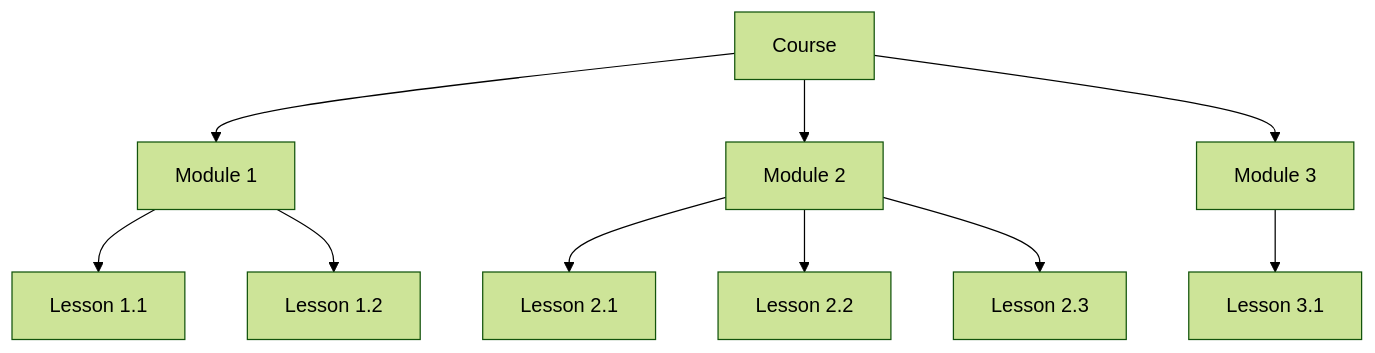
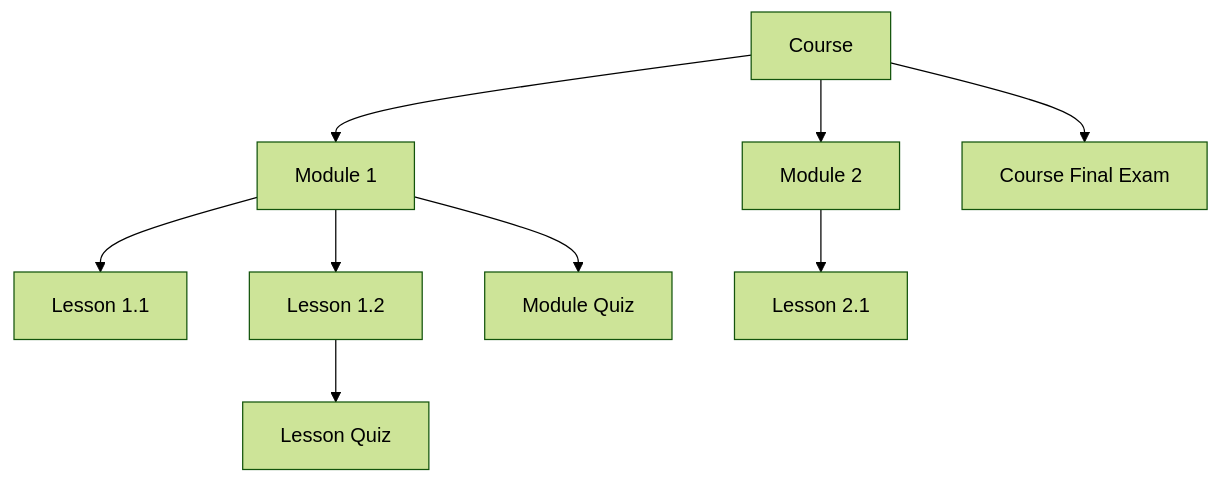
The first of 3 diagrams in README.md (NiengeDavid/wellspring-online), drawn with Mermaid (forest theme) before and after one commit. The commit also changed other lines of this file, not shown here.

````diff
--- a/README.md
+++ b/README.md
@@ -275,12 +197,11 @@
 ```mermaid
 flowchart TD
     A[Course] --> B[Module 1]
     A --> C[Module 2]
-    A --> D[Module 3]
     B --> E[Lesson 1.1]
     B --> F[Lesson 1.2]
+    F --> FQ[Lesson Quiz]
+    B --> BQ[Module Quiz]
     C --> G[Lesson 2.1]
-    C --> H[Lesson 2.2]
-    C --> I[Lesson 2.3]
-    D --> J[Lesson 3.1]
+    A --> AQ[Course Final Exam]
 ```
````
